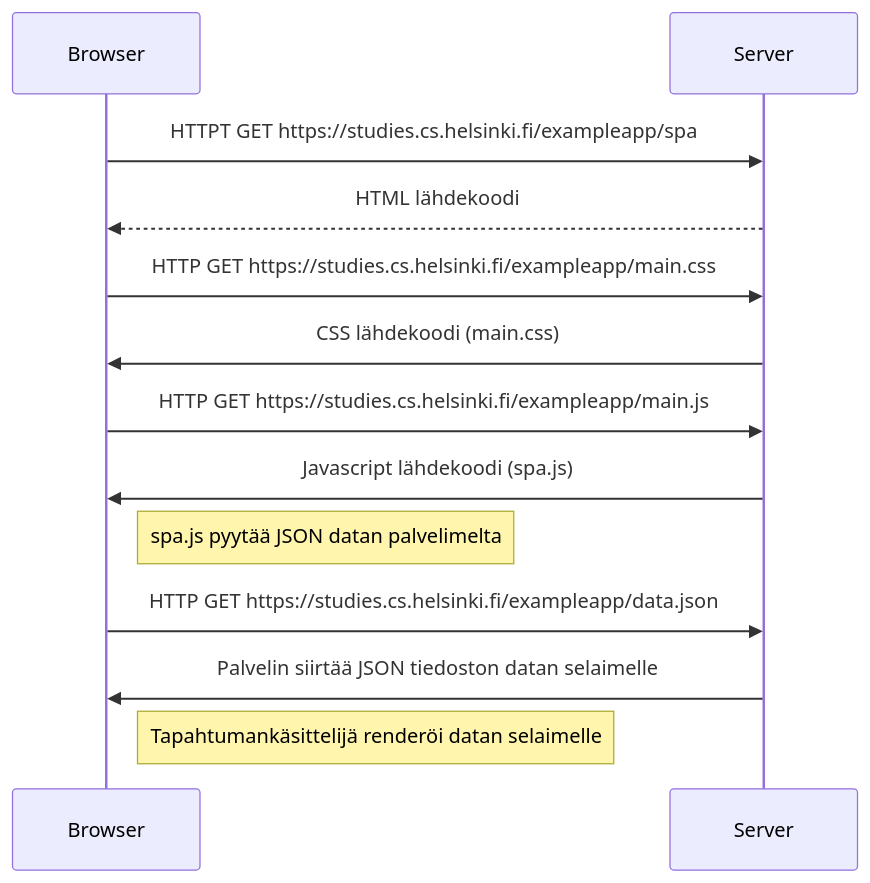
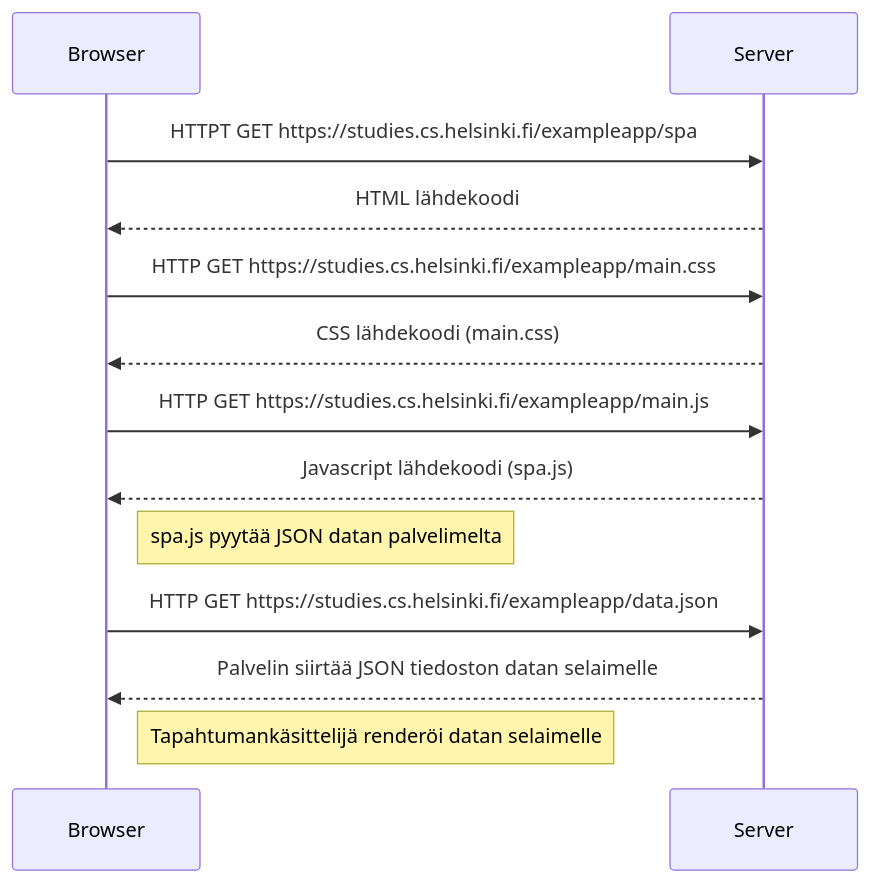
One commit to saaskilahtij/fullstackopen changed the diagram in osa0/tehtava0.5.md. Above: the diagram before and after it, drawn with Mermaid.

````diff
--- a/osa0/tehtava0.5.md
+++ b/osa0/tehtava0.5.md
@@ -1,16 +1,16 @@
 ```mermaid
 sequenceDiagram
 
 
   Browser ->> Server: HTTPT GET https://studies.cs.helsinki.fi/exampleapp/spa
   Server -->> Browser: HTML lähdekoodi 
   Browser ->> Server: HTTP GET https://studies.cs.helsinki.fi/exampleapp/main.css
-  Server ->> Browser: CSS lähdekoodi (main.css)
+  Server -->> Browser: CSS lähdekoodi (main.css)
   Browser ->> Server: HTTP GET https://studies.cs.helsinki.fi/exampleapp/main.js
-  Server ->> Browser: Javascript lähdekoodi (spa.js)
+  Server -->> Browser: Javascript lähdekoodi (spa.js)
   Note right of Browser: spa.js pyytää JSON datan palvelimelta
   Browser ->> Server: HTTP GET https://studies.cs.helsinki.fi/exampleapp/data.json
-  Server ->> Browser: Palvelin siirtää JSON tiedoston datan selaimelle
+  Server -->> Browser: Palvelin siirtää JSON tiedoston datan selaimelle
   Note right of Browser: Tapahtumankäsittelijä renderöi datan selaimelle
   
 ```
````
